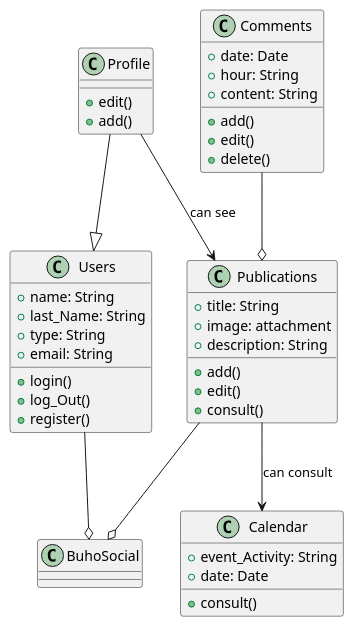
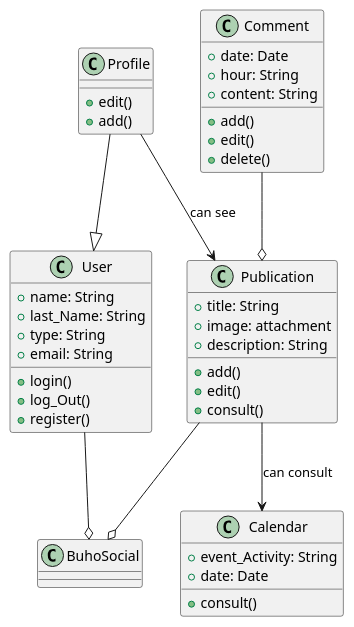
The diagram in docs/scenariosView/classDiagram.plantuml (Dayannis-07/ING_SOFT), drawn with PlantUML before and after one commit. The commit also changed 5 other files, not shown here.

```diff
--- a/docs/scenariosView/classDiagram.plantuml
+++ b/docs/scenariosView/classDiagram.plantuml
@@ -1,51 +1,51 @@
 @startuml classDiagram
 
 class BuhoSocial{}
 
-class Users{
+class User{
     +name: String
     +last_Name: String
     +type: String
     +email: String
     +login()
     +log_Out()
     +register()
 }
 
-class Publications{
+class Publication{
     +title: String
     +image: attachment
     +description: String
     +add()
     +edit()
     +consult()
 }
 
 class Profile{
     +edit()
     +add()
 }
 
-class Comments{
+class Comment{
     +date: Date
     +hour: String
     +content: String
     +add()
     +edit()
     +delete()
 }
 
 class Calendar{
     +event_Activity: String
     +date: Date
     +consult()
 }
 
-Publications --o BuhoSocial
-Users --o BuhoSocial
-Profile --|> Users
-Profile --> Publications: can see
-Comments --o Publications
-Publications --> Calendar: can consult
+Publication --o BuhoSocial
+User --o BuhoSocial
+Profile --|> User
+Profile --> Publication: can see
+Comment --o Publication
+Publication --> Calendar: can consult
 
 @enduml
```
